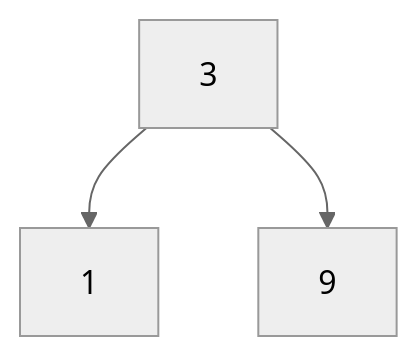
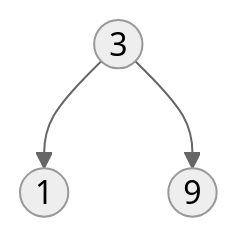
Diagram 15 of 15 in cst/6binnode/Ex6a2binnode.md (3strategy/BeautifulMivney), drawn with Mermaid (neutral theme) before and after one commit. The commit also changed other lines of this file and 3 other files, not shown here.

````diff
--- a/cst/6binnode/Ex6a2binnode.md
+++ b/cst/6binnode/Ex6a2binnode.md
@@ -286,5 +286,5 @@
     ```mermaid
     flowchart TB
-      A[3] --> B[1]:::leaf
-      A --> C[9]:::leaf
+      A((3)) --> B((1)):::leaf
+      A --> C((9)):::leaf
     ```
````
